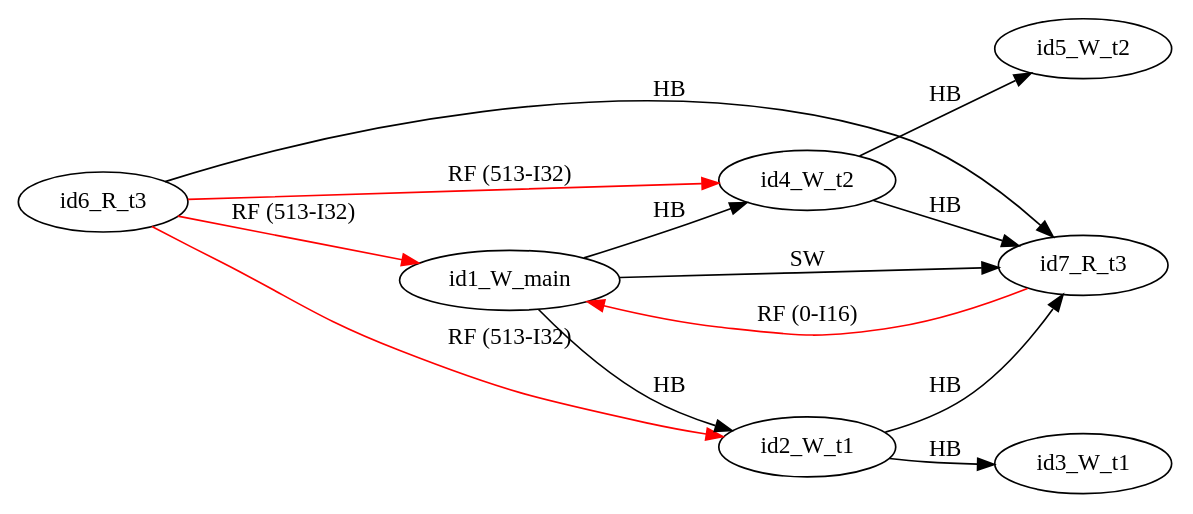
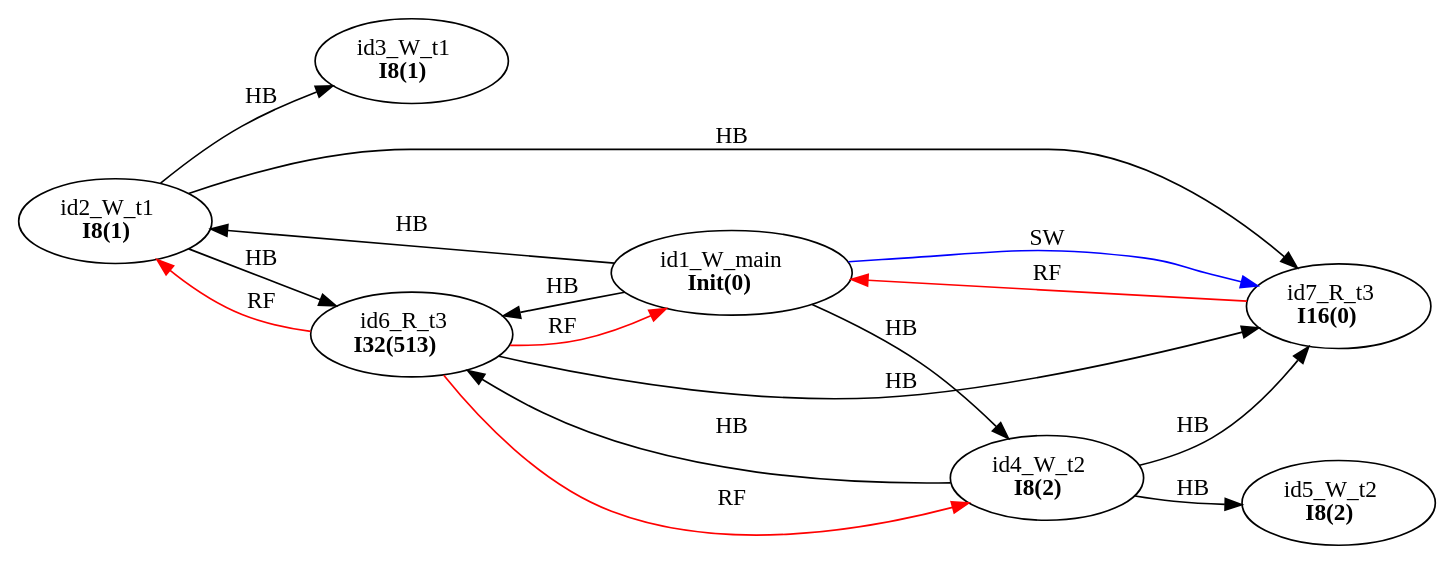
One commit to FMJS/EMME changed the diagram in examples/single_var/sv_simple15/mm5.dot. Above: the diagram before and after it, drawn with Graphviz. The commit also changed 242 other files, not shown here.

```diff
--- a/examples/single_var/sv_simple15/mm5.dot
+++ b/examples/single_var/sv_simple15/mm5.dot
@@ -1,23 +1,26 @@
 digraph memory_model {
 rankdir=LR;
 splines=true; esep=0.5;
-id6_R_t3 -> id1_W_main [label = "RF (513-I32)", color="red"];
-id6_R_t3 -> id2_W_t1 [label = "RF (513-I32)", color="red"];
-id6_R_t3 -> id4_W_t2 [label = "RF (513-I32)", color="red"];
-id7_R_t3 -> id1_W_main [label = "RF (0-I16)", color="red"];
 id2_W_t1 -> id3_W_t1 [label = "HB", color="black"];
 id4_W_t2 -> id5_W_t2 [label = "HB", color="black"];
 id6_R_t3 -> id7_R_t3 [label = "HB", color="black"];
 id1_W_main -> id2_W_t1 [label = "HB", color="black"];
 id1_W_main -> id4_W_t2 [label = "HB", color="black"];
+id1_W_main -> id6_R_t3 [label = "HB", color="black"];
+id2_W_t1 -> id6_R_t3 [label = "HB", color="black"];
 id2_W_t1 -> id7_R_t3 [label = "HB", color="black"];
+id4_W_t2 -> id6_R_t3 [label = "HB", color="black"];
 id4_W_t2 -> id7_R_t3 [label = "HB", color="black"];
-id1_W_main -> id7_R_t3 [label = "SW", color="black"];
-id1_W_main [pos="5.0,4!"]
-id2_W_t1 [pos="0,2!"]
-id3_W_t1 [pos="0,0!"]
-id4_W_t2 [pos="5,2!"]
-id5_W_t2 [pos="5,0!"]
-id6_R_t3 [pos="10,2!"]
-id7_R_t3 [pos="10,0!"]
+id6_R_t3 -> id1_W_main [label = "RF", color="red"];
+id6_R_t3 -> id2_W_t1 [label = "RF", color="red"];
+id6_R_t3 -> id4_W_t2 [label = "RF", color="red"];
+id7_R_t3 -> id1_W_main [label = "RF", color="red"];
+id1_W_main -> id7_R_t3 [label = "SW", color="blue"];
+id1_W_main [label=<id1_W_main<br/><B>Init(0)</B>>, pos="5.0,4!"]
+id2_W_t1 [label=<id2_W_t1<br/><B>I8(1)</B>>, pos="0,2!"]
+id3_W_t1 [label=<id3_W_t1<br/><B>I8(1)</B>>, pos="0,0!"]
+id4_W_t2 [label=<id4_W_t2<br/><B>I8(2)</B>>, pos="5,2!"]
+id5_W_t2 [label=<id5_W_t2<br/><B>I8(2)</B>>, pos="5,0!"]
+id6_R_t3 [label=<id6_R_t3<br/><B>I32(513)</B>>, pos="10,2!"]
+id7_R_t3 [label=<id7_R_t3<br/><B>I16(0)</B>>, pos="10,0!"]
 }
```
